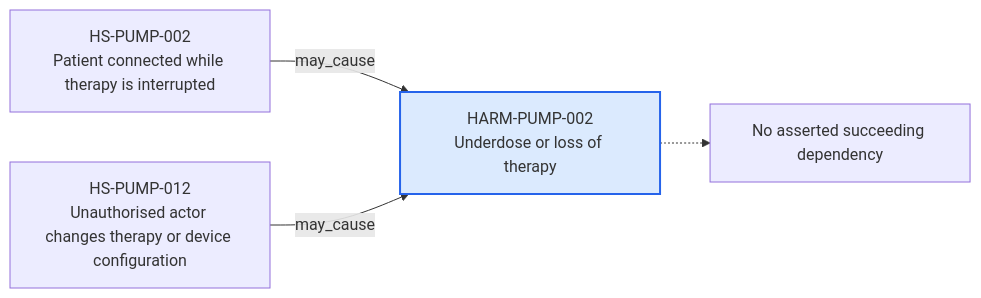
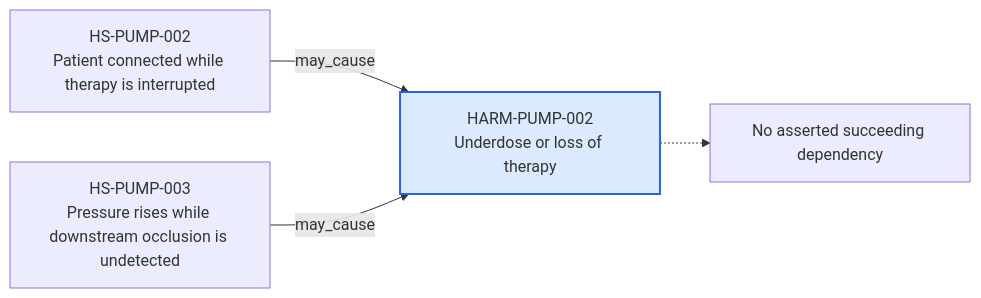
Before and after one commit to mvattulainen/mdrontology: the diagram in content/06-Infpump FlowGuard ontology notes/harm/HARM-PUMP-002-underdose-or-loss-of-therapy.md, drawn with Mermaid. The commit also changed other lines of this file and 321 other files, not shown here.

Commit message:
Implement Mermaid ontology audit findings

````diff
--- a/content/06-Infpump FlowGuard ontology notes/harm/HARM-PUMP-002-underdose-or-loss-of-therapy.md
+++ b/content/06-Infpump FlowGuard ontology notes/harm/HARM-PUMP-002-underdose-or-loss-of-therapy.md
@@ -65,12 +67,12 @@
 ```mermaid
 flowchart LR
   CURRENT["HARM-PUMP-002<br/>Underdose or loss of therapy"]
   PREV0["HS-PUMP-002<br/>Patient connected while therapy is interrupted"]
   PREV0 -->|"may_cause"| CURRENT
-  PREV1["HS-PUMP-012<br/>Unauthorised actor changes therapy or device configuration"]
+  PREV1["HS-PUMP-003<br/>Pressure rises while downstream occlusion is undetected"]
   PREV1 -->|"may_cause"| CURRENT
   NEXT_NONE["No asserted succeeding dependency"]
   CURRENT -.-> NEXT_NONE
   classDef current fill:#dbeafe,stroke:#2563eb,stroke-width:2px
   class CURRENT current
 ```
````
